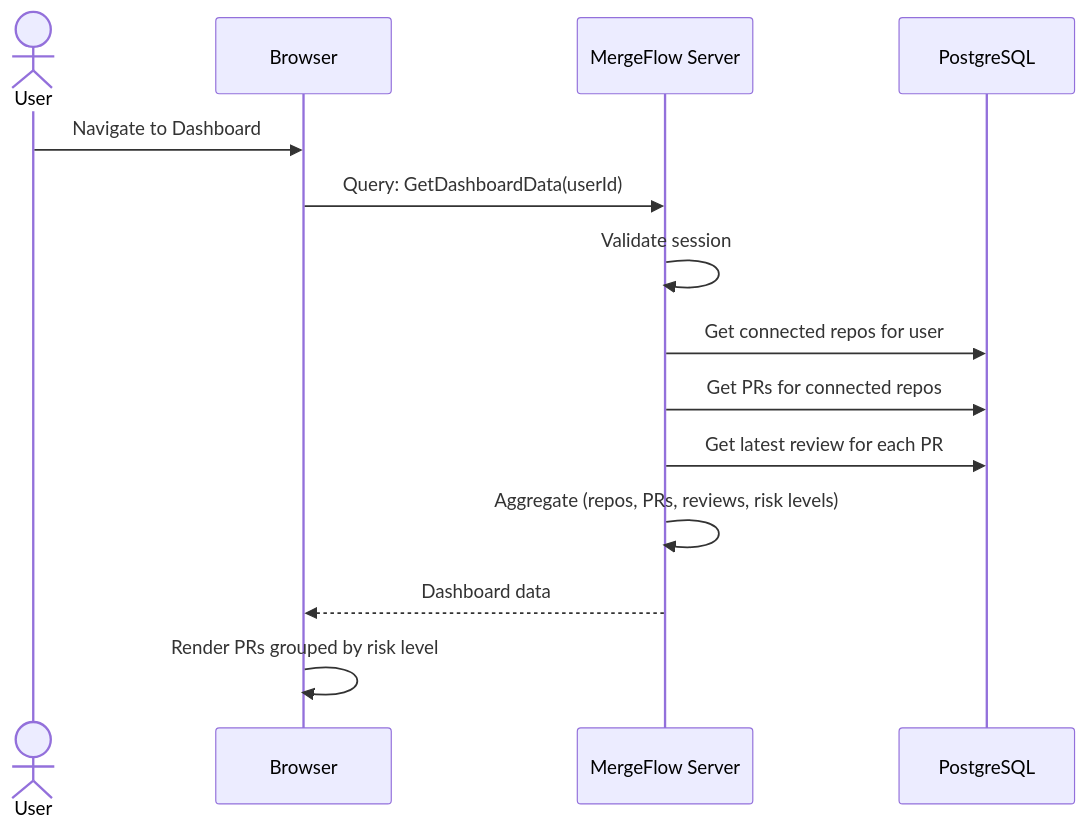
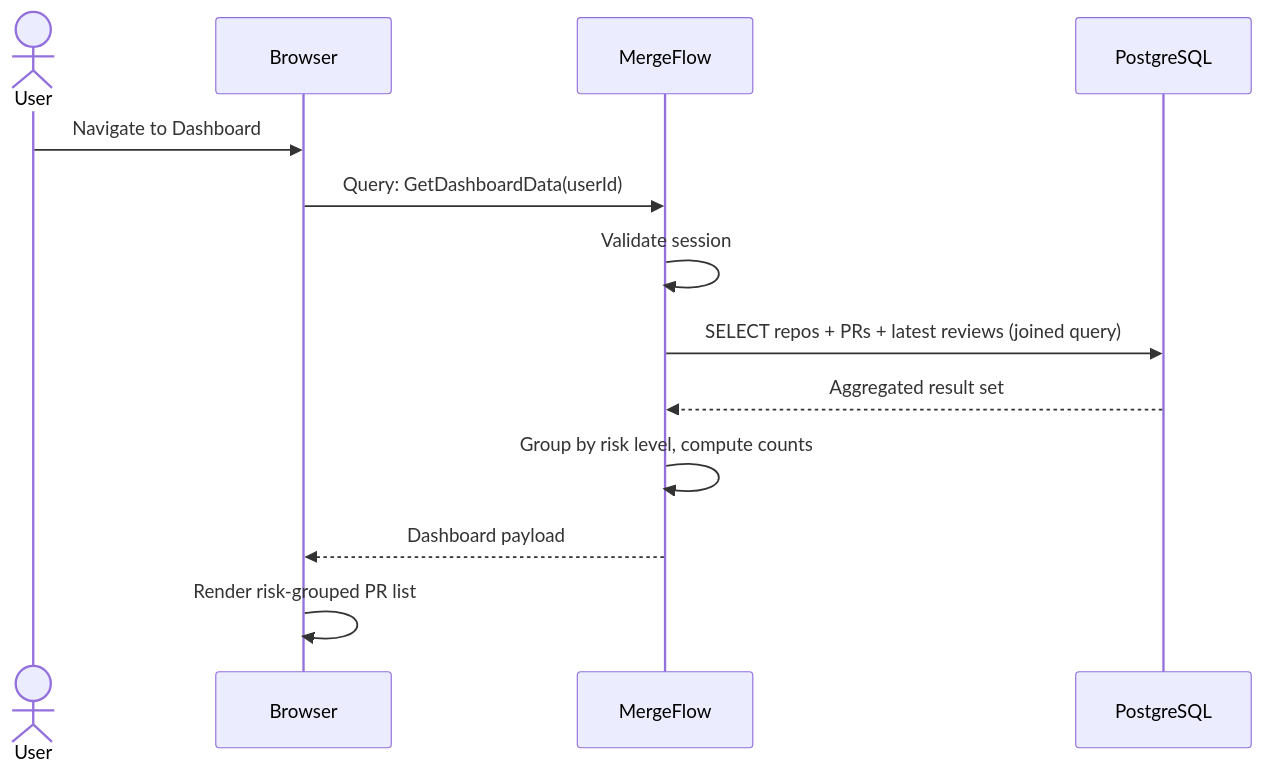
Before and after one commit to sankar-chaitanya2025/MergeFlow: the eighth of 10 diagrams in docs/03-system-architecture.md, drawn with Mermaid. The commit also changed other lines of this file, not shown here.

Commit message:
docs: revise architecture ADRs and add canonical C4 diagrams

````diff
--- a/docs/03-system-architecture.md
+++ b/docs/03-system-architecture.md
@@ -343,17 +392,16 @@
 ```mermaid
 sequenceDiagram
     actor User
     participant Browser
-    participant Server as MergeFlow Server
+    participant Server as MergeFlow
     participant DB as PostgreSQL
 
     User->>Browser: Navigate to Dashboard
     Browser->>Server: Query: GetDashboardData(userId)
     Server->>Server: Validate session
-    Server->>DB: Get connected repos for user
-    Server->>DB: Get PRs for connected repos
-    Server->>DB: Get latest review for each PR
-    Server->>Server: Aggregate (repos, PRs, reviews, risk levels)
-    Server-->>Browser: Dashboard data
-    Browser->>Browser: Render PRs grouped by risk level
+    Server->>DB: SELECT repos + PRs + latest reviews (joined query)
+    DB-->>Server: Aggregated result set
+    Server->>Server: Group by risk level, compute counts
+    Server-->>Browser: Dashboard payload
+    Browser->>Browser: Render risk-grouped PR list
 ```
````
